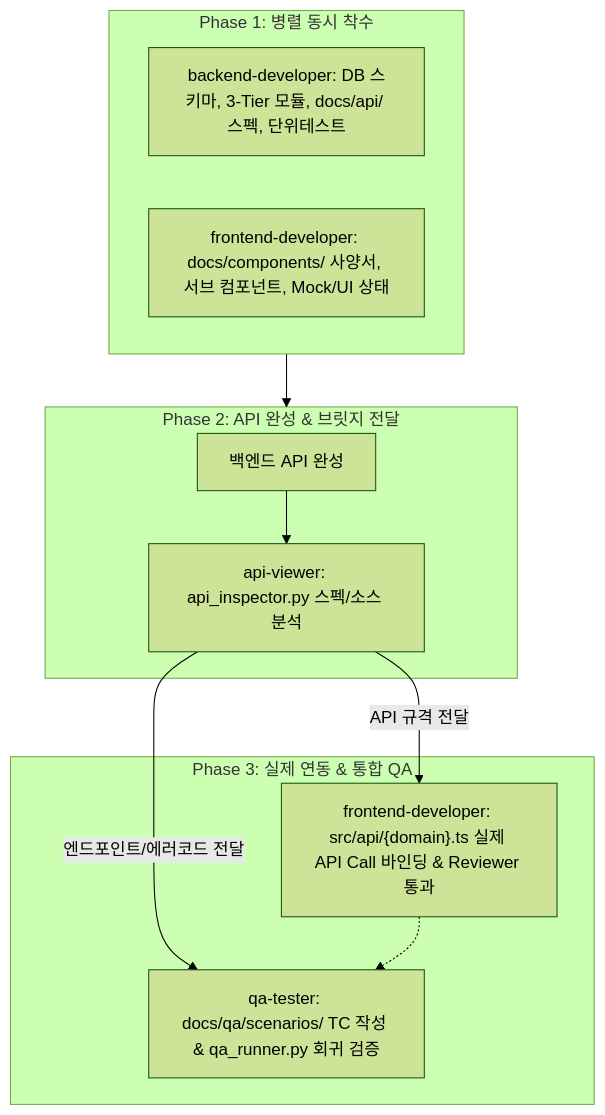
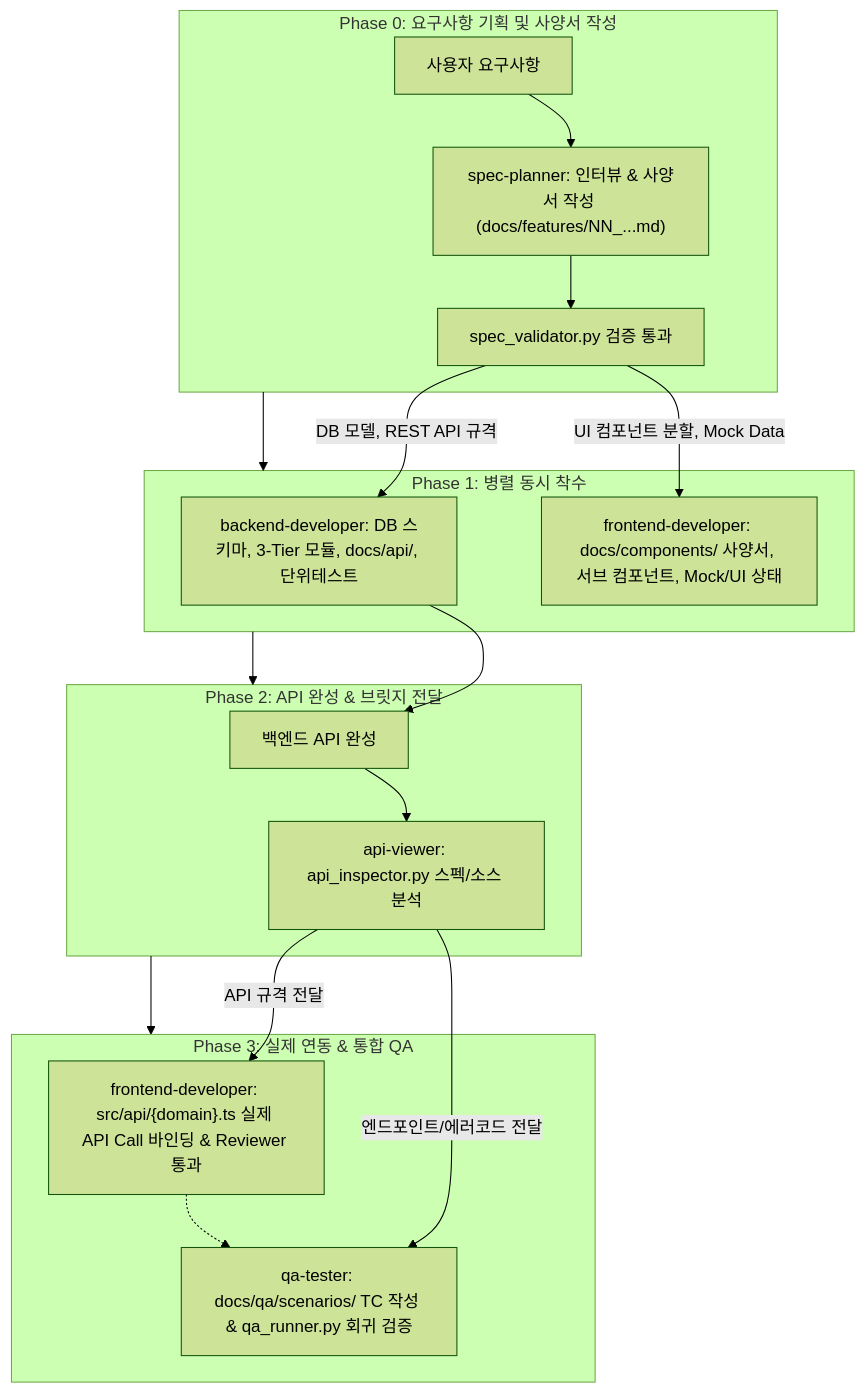
Before and after one commit to worean/antigravity-workflow: the diagram in GEMINI.md, drawn with Mermaid (forest theme). The commit also changed other lines of this file and 46 other files, not shown here.

````diff
--- a/GEMINI.md
+++ b/GEMINI.md
@@ -61,19 +67,27 @@
 ```mermaid
 flowchart TD
+    subgraph Phase0 [Phase 0: 요구사항 기획 및 사양서 작성]
+        USER["사용자 요구사항"] --> PLANNER["spec-planner: 인터뷰 & 사양서 작성 (docs/features/NN_...md)"]
+        PLANNER --> VALID["spec_validator.py 검증 통과"]
+    end
+
     subgraph Phase1 [Phase 1: 병렬 동시 착수]
-        BE_DEV["backend-developer: DB 스키마, 3-Tier 모듈, docs/api/ 스펙, 단위테스트"]
-        FE_DEV["frontend-developer: docs/components/ 사양서, 서브 컴포넌트, Mock/UI 상태"]
+        VALID -->|DB 모델, REST API 규격| BE_DEV["backend-developer: DB 스키마, 3-Tier 모듈, docs/api/, 단위테스트"]
+        VALID -->|UI 컴포넌트 분할, Mock Data| FE_DEV["frontend-developer: docs/components/ 사양서, 서브 컴포넌트, Mock/UI 상태"]
     end
 
     subgraph Phase2 [Phase 2: API 완성 & 브릿지 전달]
-        BE_DONE["백엔드 API 완성"] --> VIEWER["api-viewer: api_inspector.py 스펙/소스 분석"]
+        BE_DEV --> BE_DONE["백엔드 API 완성"]
+        BE_DONE --> VIEWER["api-viewer: api_inspector.py 스펙/소스 분석"]
     end
 
     subgraph Phase3 [Phase 3: 실제 연동 & 통합 QA]
         VIEWER -->|API 규격 전달| FE_CALL["frontend-developer: src/api/{domain}.ts 실제 API Call 바인딩 & Reviewer 통과"]
         VIEWER -->|엔드포인트/에러코드 전달| QA_TEST["qa-tester: docs/qa/scenarios/ TC 작성 & qa_runner.py 회귀 검증"]
         FE_CALL -.-> QA_TEST
     end
 
+    Phase0 --> Phase1
     Phase1 --> Phase2
+    Phase2 --> Phase3
 ```
````
